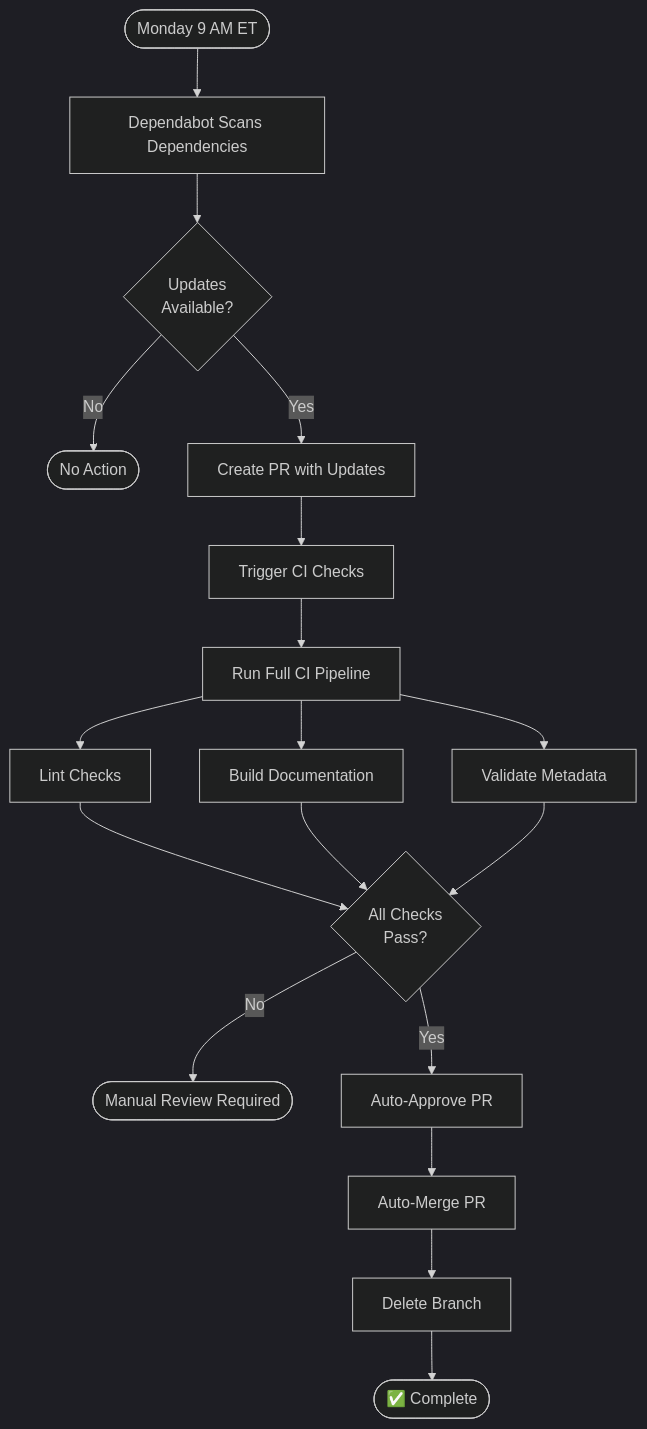
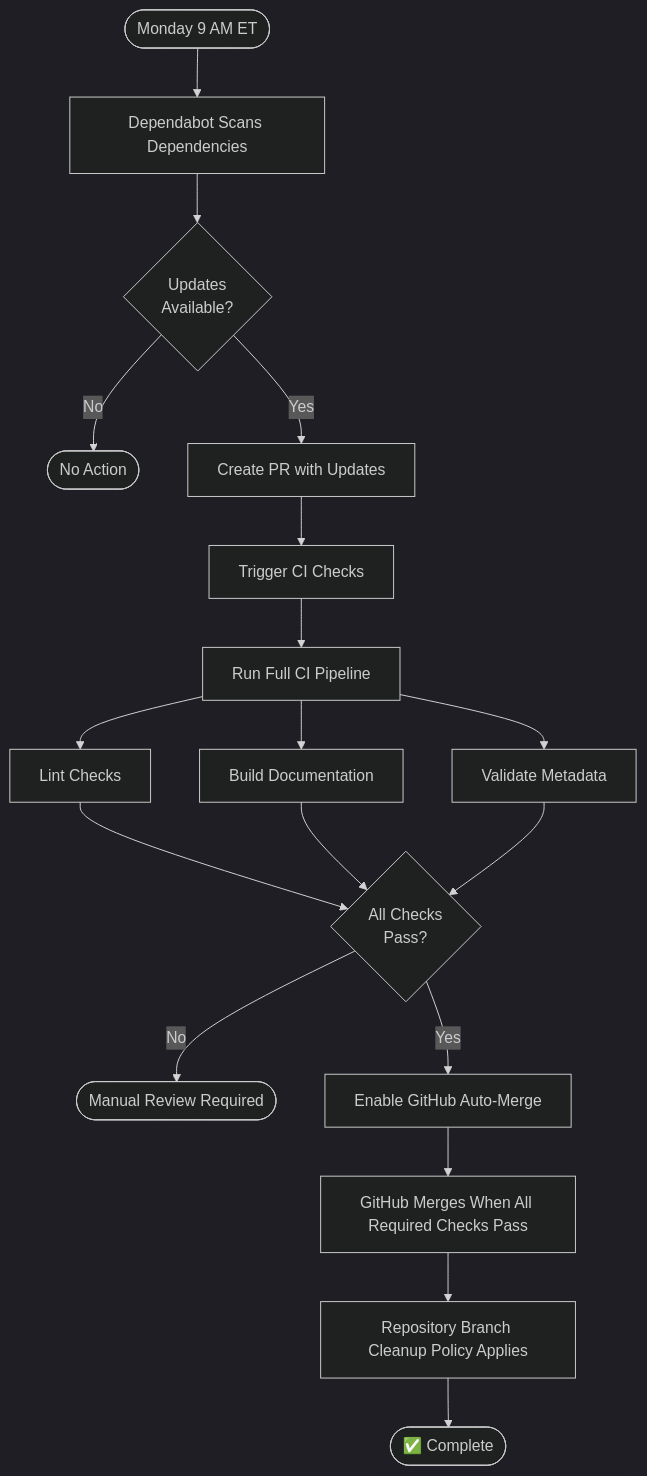
The diagram in docs/05_ci_cd/dependabot_auto_merge.md (tydukes/coding-style-guide), drawn with Mermaid (dark theme) before and after one commit. The commit also changed other lines of this file and 6 other files, not shown here.

````diff
--- a/docs/05_ci_cd/dependabot_auto_merge.md
+++ b/docs/05_ci_cd/dependabot_auto_merge.md
@@ -207,26 +128,26 @@
 ```mermaid
 flowchart TD
     Start([Monday 9 AM ET]) --> Scan[Dependabot Scans Dependencies]
     Scan --> Updates{Updates<br/>Available?}
 
     Updates -->|No| End1([No Action])
     Updates -->|Yes| CreatePR[Create PR with Updates]
 
     CreatePR --> Trigger[Trigger CI Checks]
     Trigger --> CI[Run Full CI Pipeline]
 
     CI --> Lint[Lint Checks]
     CI --> Build[Build Documentation]
     CI --> Validate[Validate Metadata]
 
     Lint --> ChecksPass{All Checks<br/>Pass?}
     Build --> ChecksPass
     Validate --> ChecksPass
 
     ChecksPass -->|No| End2([Manual Review Required])
-    ChecksPass -->|Yes| Approve[Auto-Approve PR]
+    ChecksPass -->|Yes| Enable[Enable GitHub Auto-Merge]
 
-    Approve --> Merge[Auto-Merge PR]
-    Merge --> Cleanup[Delete Branch]
+    Enable --> Merge[GitHub Merges When All Required Checks Pass]
+    Merge --> Cleanup[Repository Branch Cleanup Policy Applies]
     Cleanup --> End3([✅ Complete])
 ```
````
